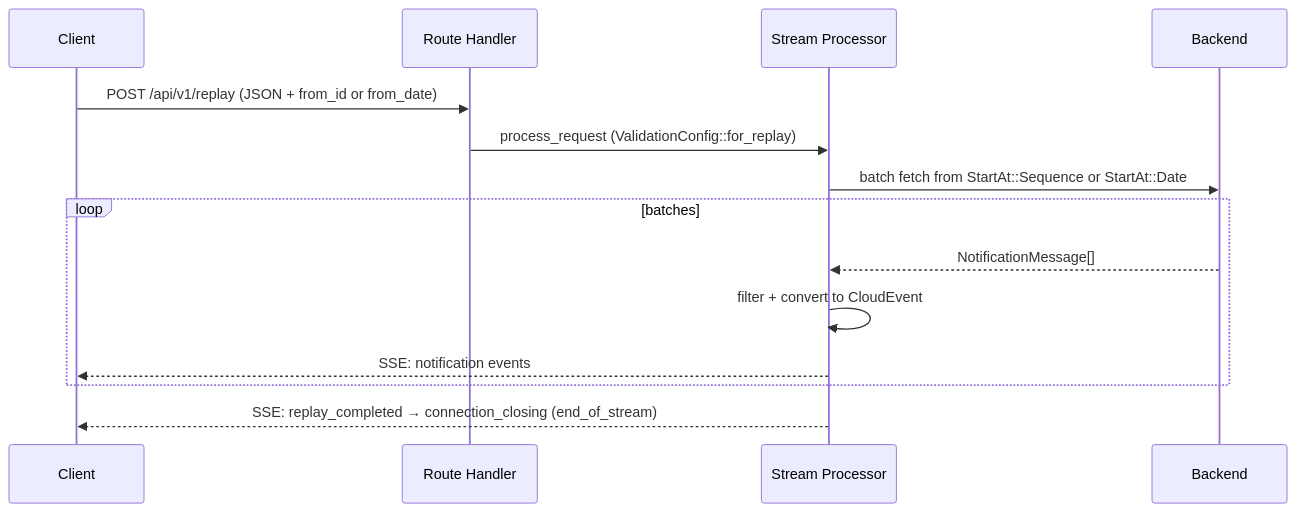
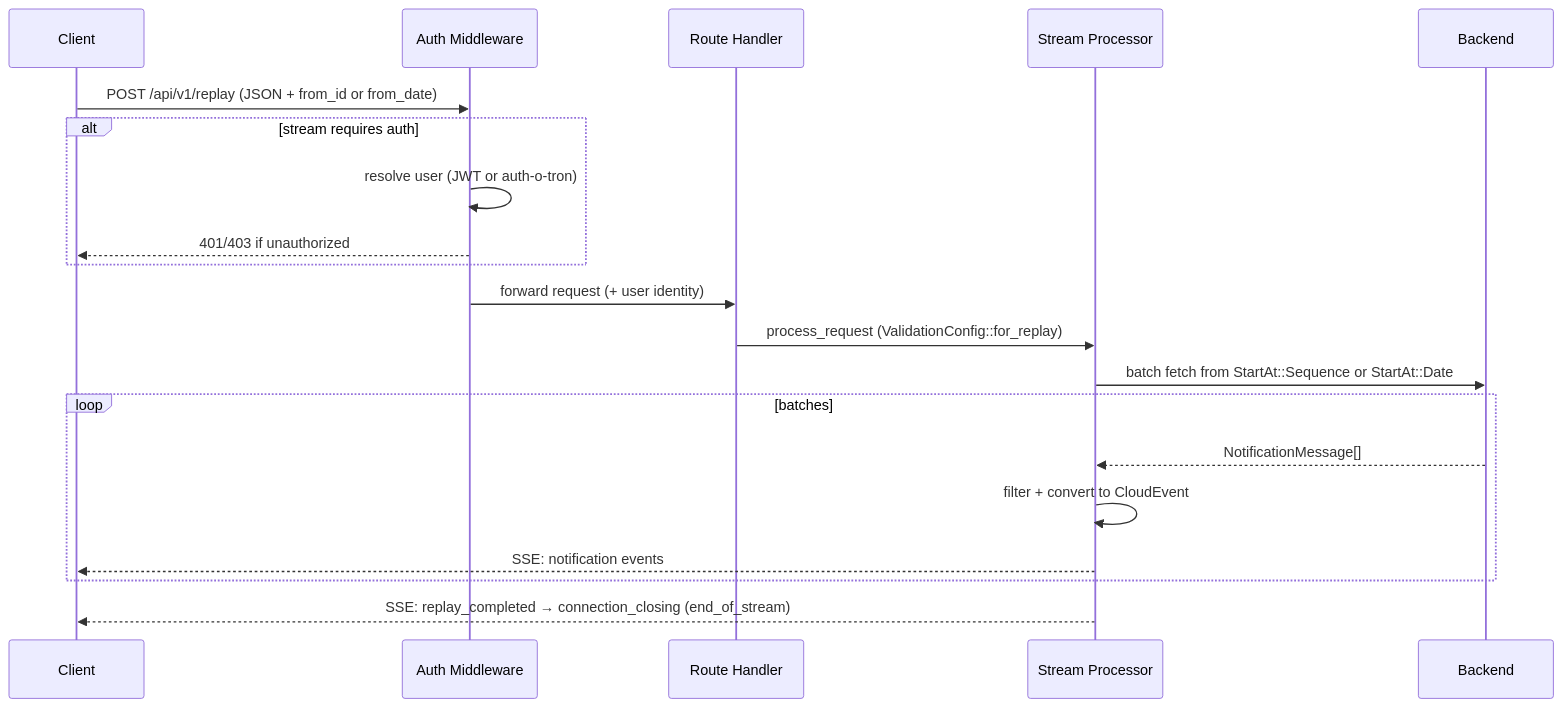
Before and after one commit to ecmwf/aviso-server: the fourth of 5 diagrams in docs/src/architecture.md, drawn with Mermaid. The commit also changed other lines of this file and 4 other files, not shown here.

First line of the commit message:
docs(auth): update docs and diagrams for realm-scoped roles

````diff
--- a/docs/src/architecture.md
+++ b/docs/src/architecture.md
@@ -127,17 +144,23 @@
 ```mermaid
 sequenceDiagram
     participant C as Client
+    participant A as Auth Middleware
     participant R as Route Handler
     participant P as Stream Processor
     participant B as Backend
 
-    C->>R: POST /api/v1/replay (JSON + from_id or from_date)
+    C->>A: POST /api/v1/replay (JSON + from_id or from_date)
+    alt stream requires auth
+        A->>A: resolve user (JWT or auth-o-tron)
+        A-->>C: 401/403 if unauthorized
+    end
+    A->>R: forward request (+ user identity)
     R->>P: process_request (ValidationConfig::for_replay)
     P->>B: batch fetch from StartAt::Sequence or StartAt::Date
     loop batches
         B-->>P: NotificationMessage[]
         P->>P: filter + convert to CloudEvent
         P-->>C: SSE: notification events
     end
     P-->>C: SSE: replay_completed → connection_closing (end_of_stream)
 ```
````
